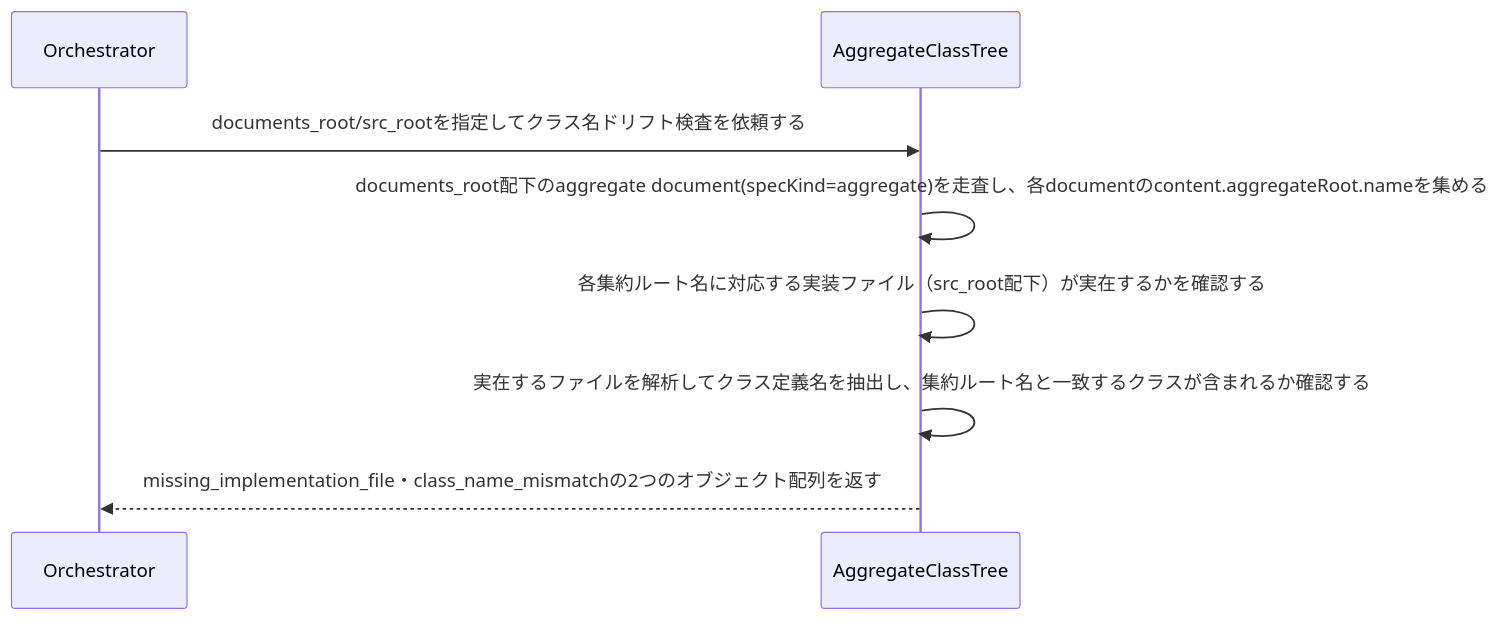
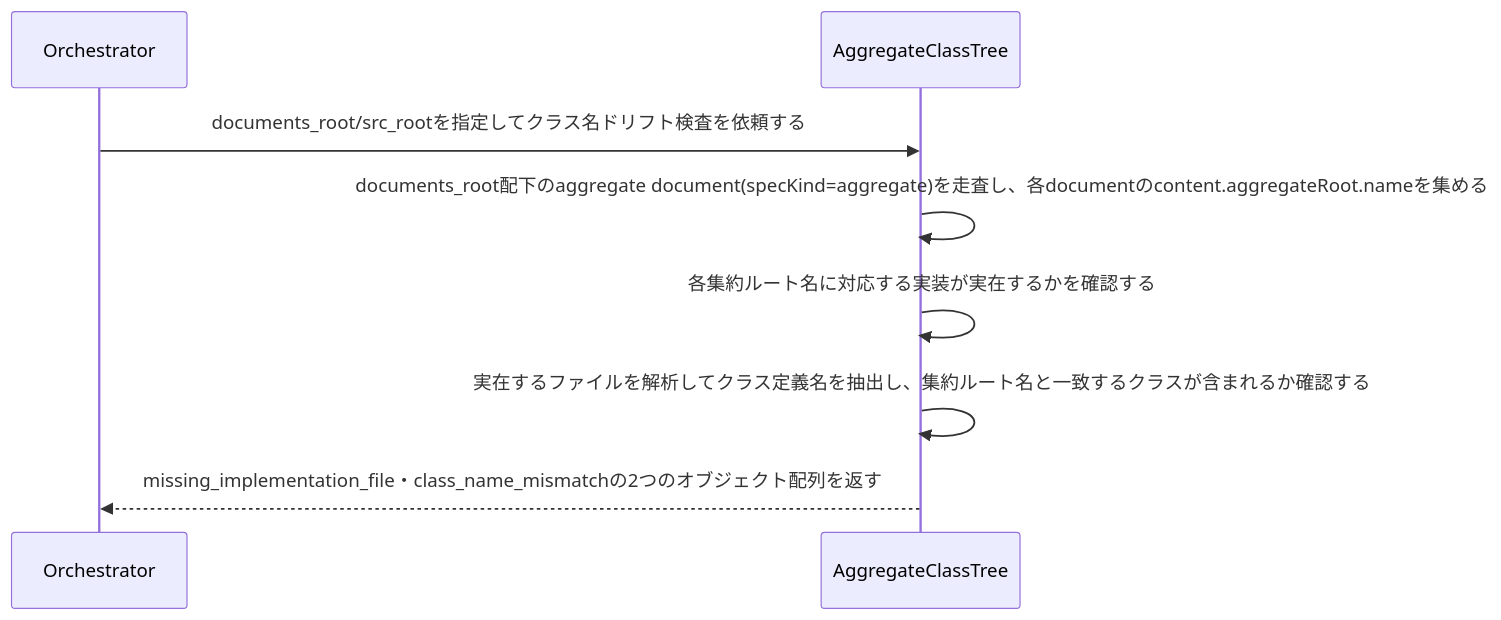
The diagram in .waffle/specs/bc-waffle/subdomain/sd-reconciliation/usecase/uc-check-aggregate-class-drift.md (daidaiiro-519/waffle), drawn with Mermaid before and after one commit. The commit also changed other lines of this file and 35 other files, not shown here.

````diff
--- a/.waffle/specs/bc-waffle/subdomain/sd-reconciliation/usecase/uc-check-aggregate-class-drift.md
+++ b/.waffle/specs/bc-waffle/subdomain/sd-reconciliation/usecase/uc-check-aggregate-class-drift.md
@@ -57,8 +57,8 @@
 ```mermaid
 sequenceDiagram
     Orchestrator->>AggregateClassTree: documents_root/src_rootを指定してクラス名ドリフト検査を依頼する
     AggregateClassTree->>AggregateClassTree: documents_root配下のaggregate document(specKind=aggregate)を走査し、各documentのcontent.aggregateRoot.nameを集める
-    AggregateClassTree->>AggregateClassTree: 各集約ルート名に対応する実装ファイル（src_root配下）が実在するかを確認する
+    AggregateClassTree->>AggregateClassTree: 各集約ルート名に対応する実装が実在するかを確認する
     AggregateClassTree->>AggregateClassTree: 実在するファイルを解析してクラス定義名を抽出し、集約ルート名と一致するクラスが含まれるか確認する
     AggregateClassTree-->>Orchestrator: missing_implementation_file・class_name_mismatchの2つのオブジェクト配列を返す
 ```
````
